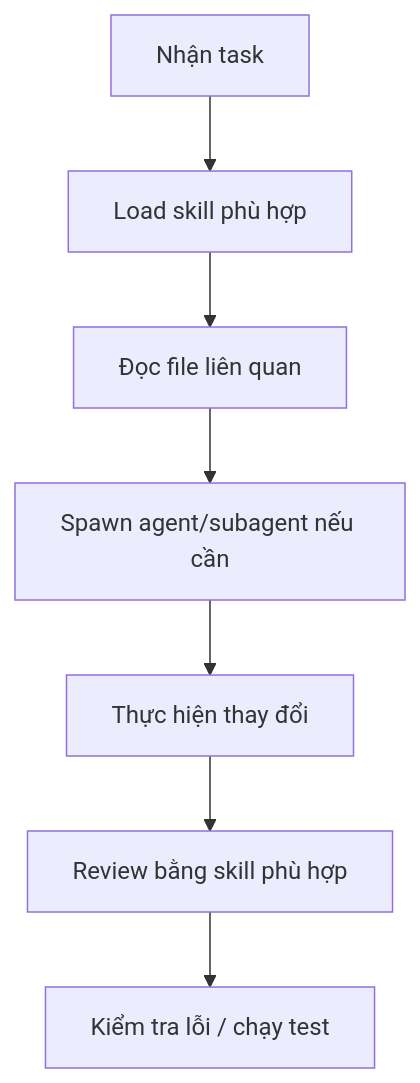
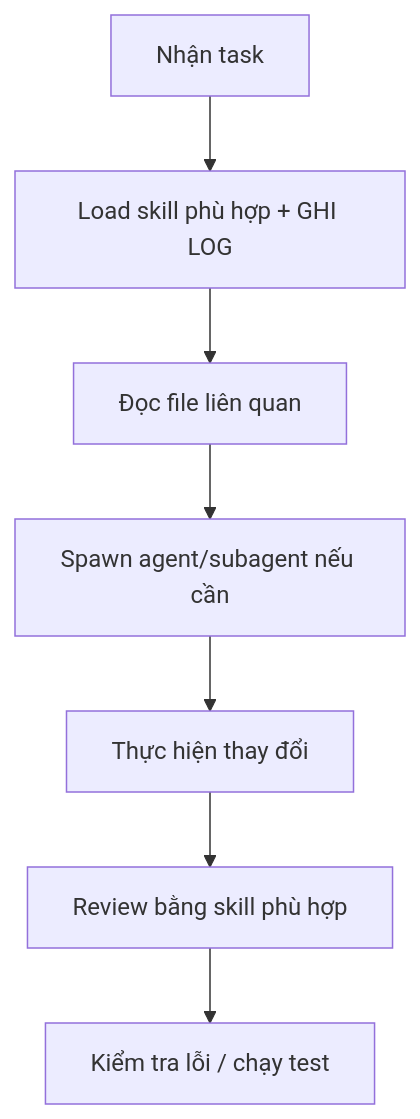
One commit to MingDuc1905/TMDT changed the diagram in CLAUDE.md. Above: the diagram before and after it, drawn with Mermaid. The commit also changed other lines of this file and 60 other files, not shown here.

````diff
--- a/CLAUDE.md
+++ b/CLAUDE.md
@@ -68,9 +88,9 @@
 ```mermaid
 flowchart TD
-    A[Nhận task] --> B[Load skill phù hợp]
+    A[Nhận task] --> B[Load skill phù hợp + GHI LOG]
     B --> C[Đọc file liên quan]
     C --> D[Spawn agent/subagent nếu cần]
     D --> E[Thực hiện thay đổi]
     E --> F[Review bằng skill phù hợp]
     F --> G[Kiểm tra lỗi / chạy test]
 ```
````
